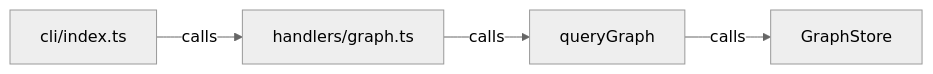
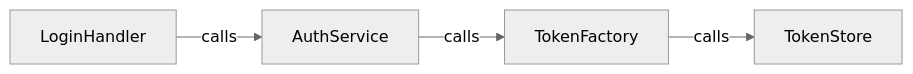
The third of 5 diagrams in docs/concepts/03-busqueda-y-consultas.md (Kolimar/leina), drawn with Mermaid (neutral theme) before and after one commit. The commit also changed other lines of this file and 22 other files, not shown here.

````diff
--- a/docs/concepts/03-busqueda-y-consultas.md
+++ b/docs/concepts/03-busqueda-y-consultas.md
@@ -85,6 +84,6 @@
 ```mermaid
 flowchart LR
-    cli["cli/index.ts"] -->|calls| handler["handlers/graph.ts"]
-    handler -->|calls| query["queryGraph"]
-    query -->|calls| store["GraphStore"]
+    a["LoginHandler"] -->|calls| b["AuthService"]
+    b -->|calls| c["TokenFactory"]
+    c -->|calls| d["TokenStore"]
 ```
````
